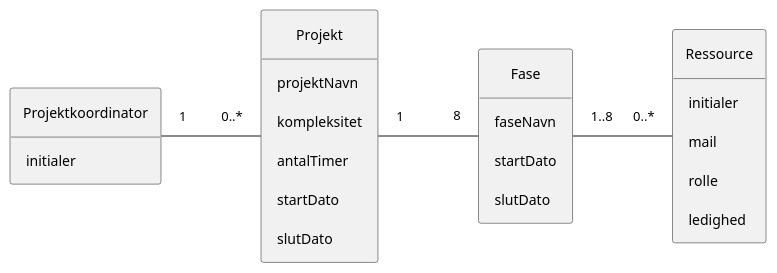
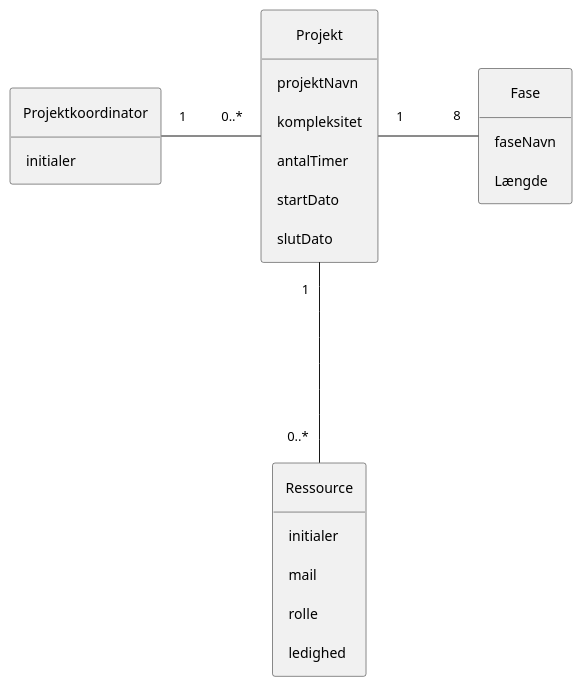
One commit to Rasmuus15/Eksamensprojekt-Novo changed the diagram in Models/Novo-DomainModel.plantuml. Above: the diagram before and after it, drawn with PlantUML. The commit also changed 2 other files, not shown here.

```diff
--- a/Models/Novo-DomainModel.plantuml
+++ b/Models/Novo-DomainModel.plantuml
@@ -1,46 +1,45 @@
 @startuml
 hide circle
 hide empty members
 
 skinparam padding 10
 skinparam nodesep 100
 skinparam ranksep 100
 
 Projektkoordinator "1" ---right--- "0..*" Projekt
 Fase "8" ---left--- "1" Projekt
-Fase "1..8" ---right--- "0..*" Ressource
+Projekt "1" --- "0..*" Ressource
 
 'Konceptuelle klasser
 Class Projektkoordinator
 {
     initialer
 }
 
 Class Ressource
 {
     initialer
     mail
     rolle
     ledighed
 }
 
 Class Fase
 {
     faseNavn
-    startDato
-    slutDato
+    Længde
 }
 
 Class Projekt
 {
     projektNavn
     kompleksitet
     antalTimer
     startDato
     slutDato
 }
 
 
 
 
 @enduml
```
